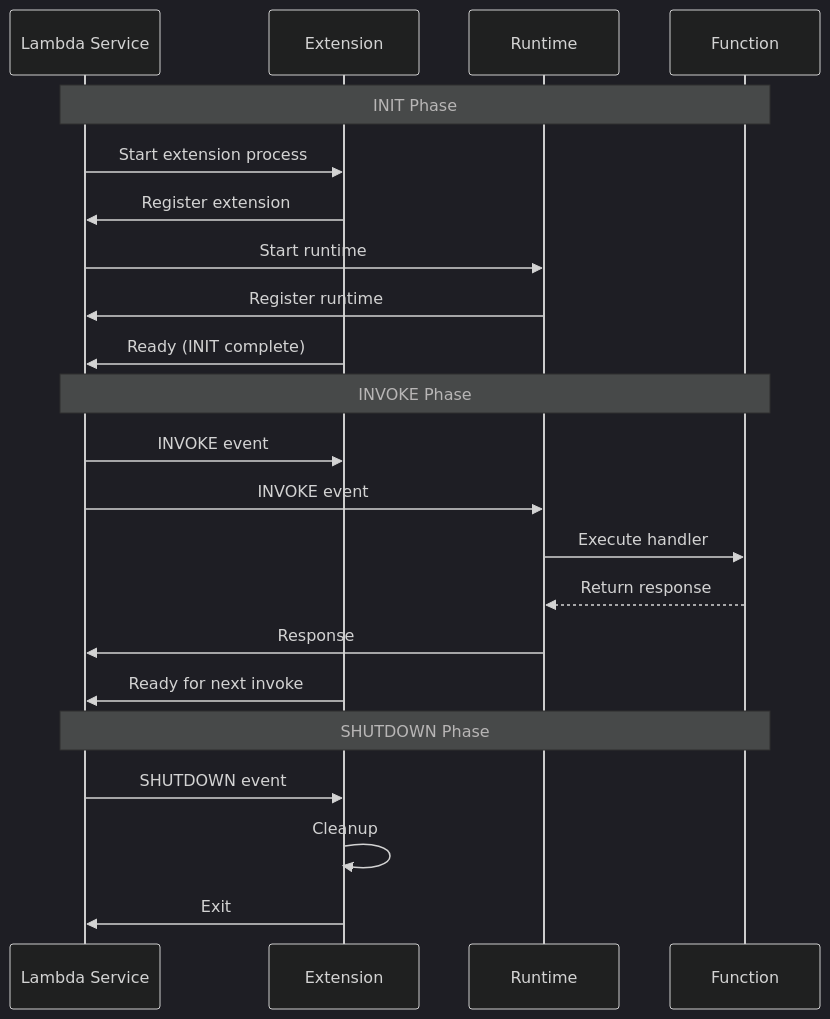
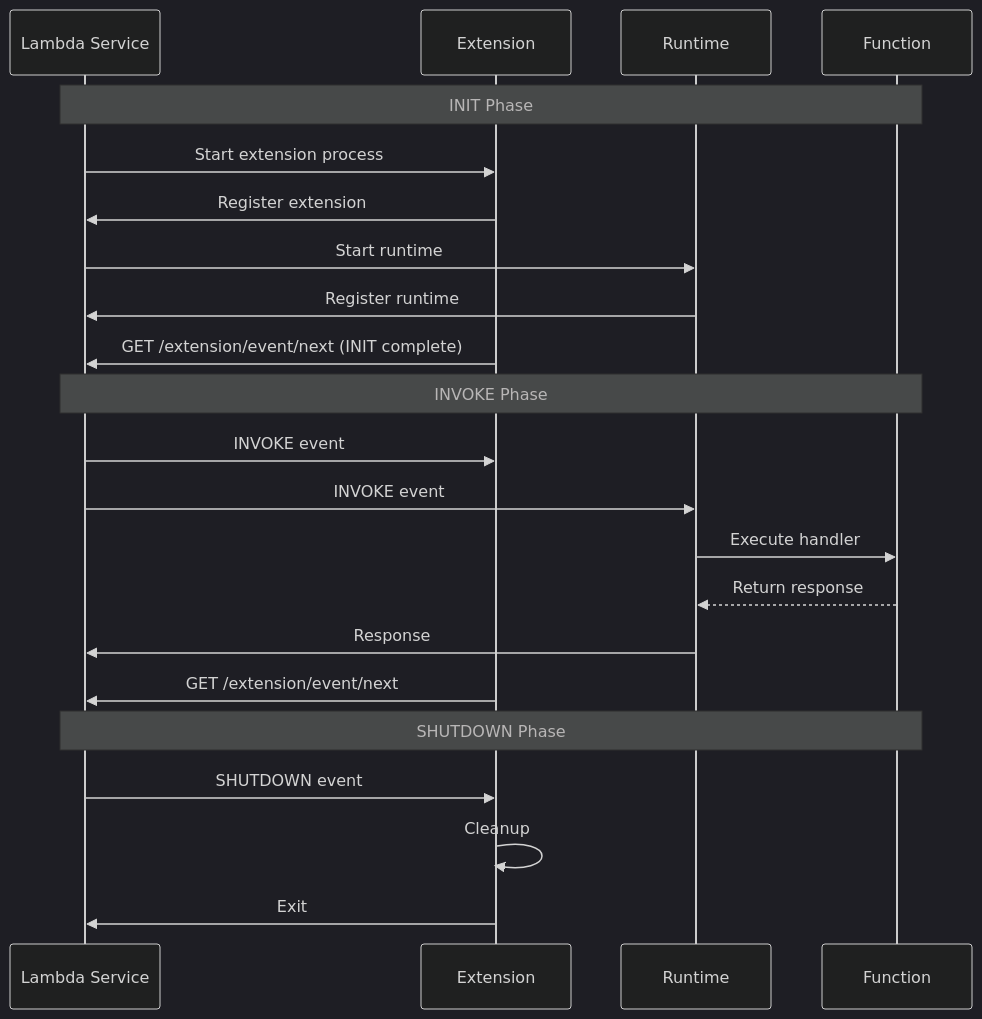
One commit to OneUptime/blog changed the second of 2 diagrams in posts/2026-01-28-implement-lambda-extensions/README.md. Above: the diagram before and after it, drawn with Mermaid (dark theme). The commit also changed other lines of this file and 2 other files, not shown here.

Commit message:
validate: 2026-01-28-implement-lambda-extensions

````diff
--- a/posts/2026-01-28-implement-lambda-extensions/README.md
+++ b/posts/2026-01-28-implement-lambda-extensions/README.md
@@ -60,27 +60,27 @@
 ```mermaid
 sequenceDiagram
     participant LambdaService as Lambda Service
     participant Extension as Extension
     participant Runtime as Runtime
     participant Function as Function
 
     Note over LambdaService,Function: INIT Phase
     LambdaService->>Extension: Start extension process
     Extension->>LambdaService: Register extension
     LambdaService->>Runtime: Start runtime
     Runtime->>LambdaService: Register runtime
-    Extension->>LambdaService: Ready (INIT complete)
+    Extension->>LambdaService: GET /extension/event/next (INIT complete)
 
     Note over LambdaService,Function: INVOKE Phase
     LambdaService->>Extension: INVOKE event
     LambdaService->>Runtime: INVOKE event
     Runtime->>Function: Execute handler
     Function-->>Runtime: Return response
     Runtime->>LambdaService: Response
-    Extension->>LambdaService: Ready for next invoke
+    Extension->>LambdaService: GET /extension/event/next
 
     Note over LambdaService,Function: SHUTDOWN Phase
     LambdaService->>Extension: SHUTDOWN event
     Extension->>Extension: Cleanup
     Extension->>LambdaService: Exit
 ```
````
